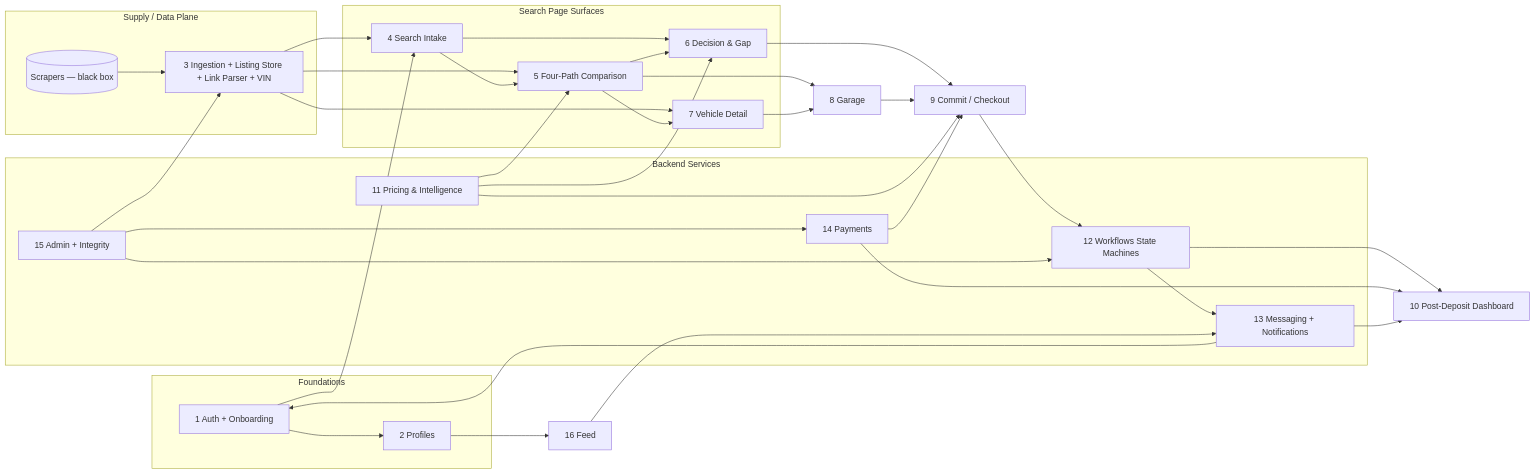
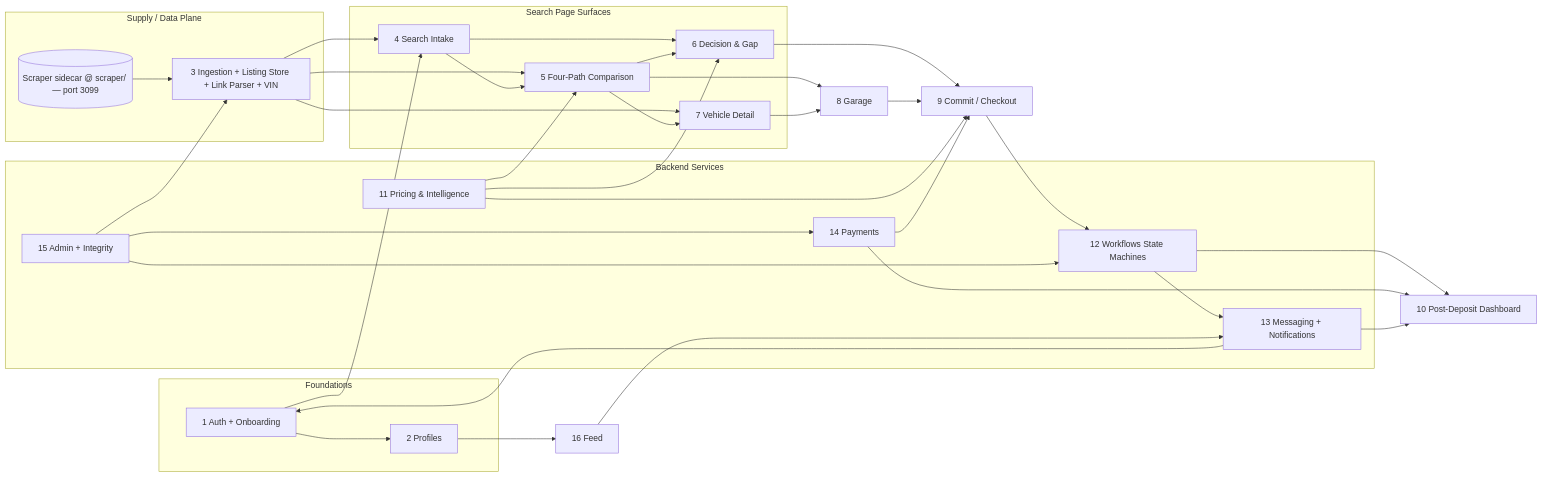
Before and after one commit to elontusks/picknbuild_mega: the diagram in docs/requirements/ARCHITECTURE.md, drawn with Mermaid. The commit also changed other lines of this file and 7 other files, not shown here.

````diff
--- a/docs/requirements/ARCHITECTURE.md
+++ b/docs/requirements/ARCHITECTURE.md
@@ -296,63 +295,63 @@
 ```mermaid
 flowchart LR
   subgraph Foundations
     AUTH[1 Auth + Onboarding]
     PROF[2 Profiles]
   end
 
   subgraph Supply[Supply / Data Plane]
-    SCR[(Scrapers — black box)]
+    SCR[(Scraper sidecar @ scraper/ — port 3099)]
     ING[3 Ingestion + Listing Store + Link Parser + VIN]
   end
 
   subgraph SearchSurface[Search Page Surfaces]
     INTAKE[4 Search Intake]
     FOUR[5 Four-Path Comparison]
     DECIDE[6 Decision & Gap]
     VDET[7 Vehicle Detail]
   end
 
   GAR[8 Garage]
   COMMIT[9 Commit / Checkout]
   DASH[10 Post-Deposit Dashboard]
 
   subgraph BackendServices[Backend Services]
     PRICE[11 Pricing & Intelligence]
     WFLOW[12 Workflows State Machines]
     MSG[13 Messaging + Notifications]
     PMT[14 Payments]
     ADMIN[15 Admin + Integrity]
   end
 
   FEED[16 Feed]
 
   SCR --> ING
   AUTH --> INTAKE
   AUTH --> PROF
   ING --> INTAKE
   ING --> FOUR
   ING --> VDET
   INTAKE --> FOUR
   INTAKE --> DECIDE
   PRICE --> FOUR
   PRICE --> DECIDE
   PRICE --> COMMIT
   FOUR --> VDET
   FOUR --> DECIDE
   FOUR --> GAR
   DECIDE --> COMMIT
   VDET --> GAR
   GAR --> COMMIT
   COMMIT --> WFLOW
   WFLOW --> DASH
   PMT --> COMMIT
   PMT --> DASH
   WFLOW --> MSG
   MSG --> AUTH
   MSG --> DASH
   ADMIN --> ING
   ADMIN --> PMT
   ADMIN --> WFLOW
   PROF --> FEED
   FEED --> MSG
 ```
````
